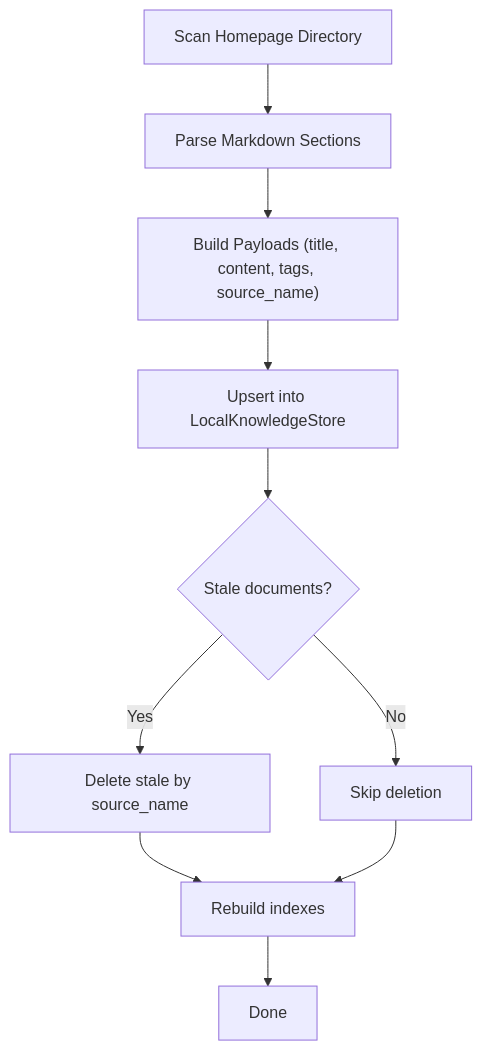
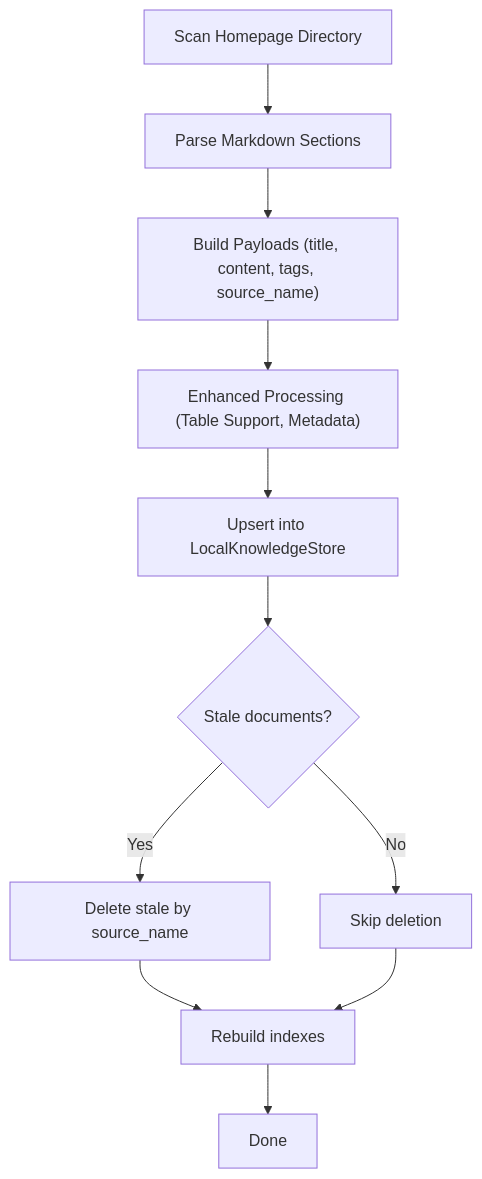
Before and after one commit to intellistream/sage-mate: diagram 11 of 12 in .qoder/repowiki/en/content/Knowledge Management/Knowledge Base Storage.md, drawn with Mermaid. The commit also changed other lines of this file and 60 other files, not shown here.

````diff
--- a/.qoder/repowiki/en/content/Knowledge Management/Knowledge Base Storage.md
+++ b/.qoder/repowiki/en/content/Knowledge Management/Knowledge Base Storage.md
@@ -515,12 +595,13 @@
 ```mermaid
 flowchart TD
 A["Scan Homepage Directory"] --> B["Parse Markdown Sections"]
 B --> C["Build Payloads (title, content, tags, source_name)"]
-C --> D["Upsert into LocalKnowledgeStore"]
-D --> E{"Stale documents?"}
-E -- Yes --> F["Delete stale by source_name"]
-E -- No --> G["Skip deletion"]
-F --> H["Rebuild indexes"]
-G --> H
-H --> I["Done"]
+C --> D["Enhanced Processing (Table Support, Metadata)"]
+D --> E["Upsert into LocalKnowledgeStore"]
+E --> F{"Stale documents?"}
+F -- Yes --> G["Delete stale by source_name"]
+F -- No --> H["Skip deletion"]
+G --> I["Rebuild indexes"]
+H --> I
+I --> J["Done"]
 ```
````
